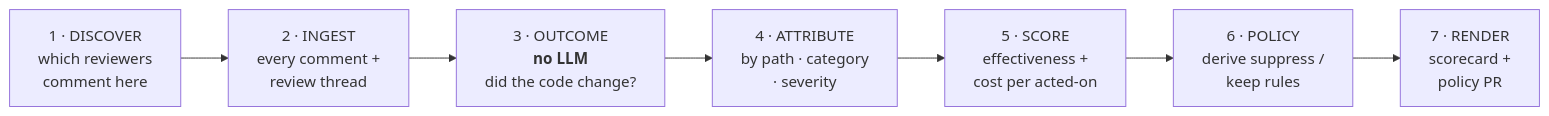
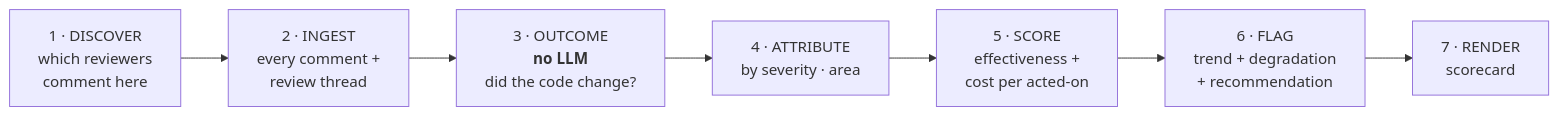
Before and after one commit to AnishBplayz/DiffHawk: the second of 3 diagrams in docs/ARCHITECTURE.md, drawn with Mermaid. The commit also changed other lines of this file and 4 other files, not shown here.

````diff
--- a/docs/ARCHITECTURE.md
+++ b/docs/ARCHITECTURE.md
@@ -64,12 +64,12 @@
 ```mermaid
 flowchart LR
     A["1 · DISCOVER<br/>which reviewers<br/>comment here"]
     B["2 · INGEST<br/>every comment +<br/>review thread"]
     C["3 · OUTCOME<br/><b>no LLM</b><br/>did the code change?"]
-    D["4 · ATTRIBUTE<br/>by path · category<br/>· severity"]
+    D["4 · ATTRIBUTE<br/>by severity · area"]
     E["5 · SCORE<br/>effectiveness +<br/>cost per acted-on"]
-    F["6 · POLICY<br/>derive suppress /<br/>keep rules"]
-    G["7 · RENDER<br/>scorecard +<br/>policy PR"]
+    F["6 · FLAG<br/>trend + degradation<br/>+ recommendation"]
+    G["7 · RENDER<br/>scorecard"]
 
     A --> B --> C --> D --> E --> F --> G
 ```
````
